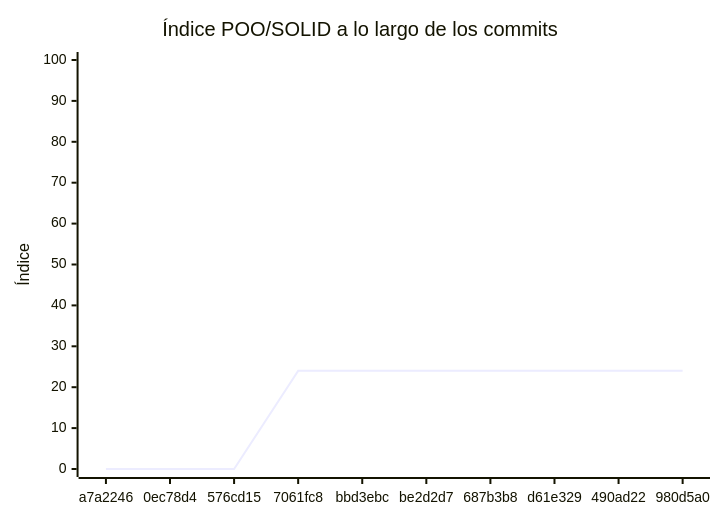
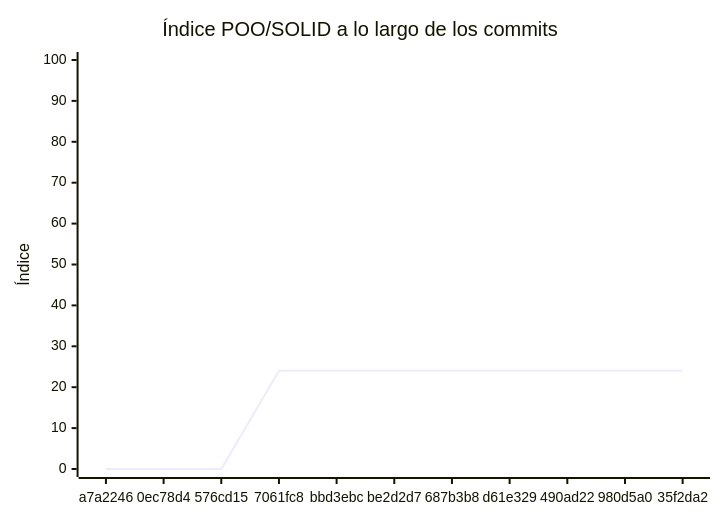
Before and after one commit to Chiqui-Nero-Corp/Prueba-N-3: the diagram in docs/EVALUACION.md, drawn with Mermaid. The commit also changed other lines of this file, not shown here.

````diff
--- a/docs/EVALUACION.md
+++ b/docs/EVALUACION.md
@@ -200,7 +194,7 @@
 ```mermaid
 xychart-beta
     title "Índice POO/SOLID a lo largo de los commits"
-    x-axis ["a7a2246", "0ec78d4", "576cd15", "7061fc8", "bbd3ebc", "be2d2d7", "687b3b8", "d61e329", "490ad22", "980d5a0"]
+    x-axis ["a7a2246", "0ec78d4", "576cd15", "7061fc8", "bbd3ebc", "be2d2d7", "687b3b8", "d61e329", "490ad22", "980d5a0", "35f2da2"]
     y-axis "Índice" 0 --> 100
-    line [0, 0, 0, 24, 24, 24, 24, 24, 24, 24]
+    line [0, 0, 0, 24, 24, 24, 24, 24, 24, 24, 24]
 ```
````
